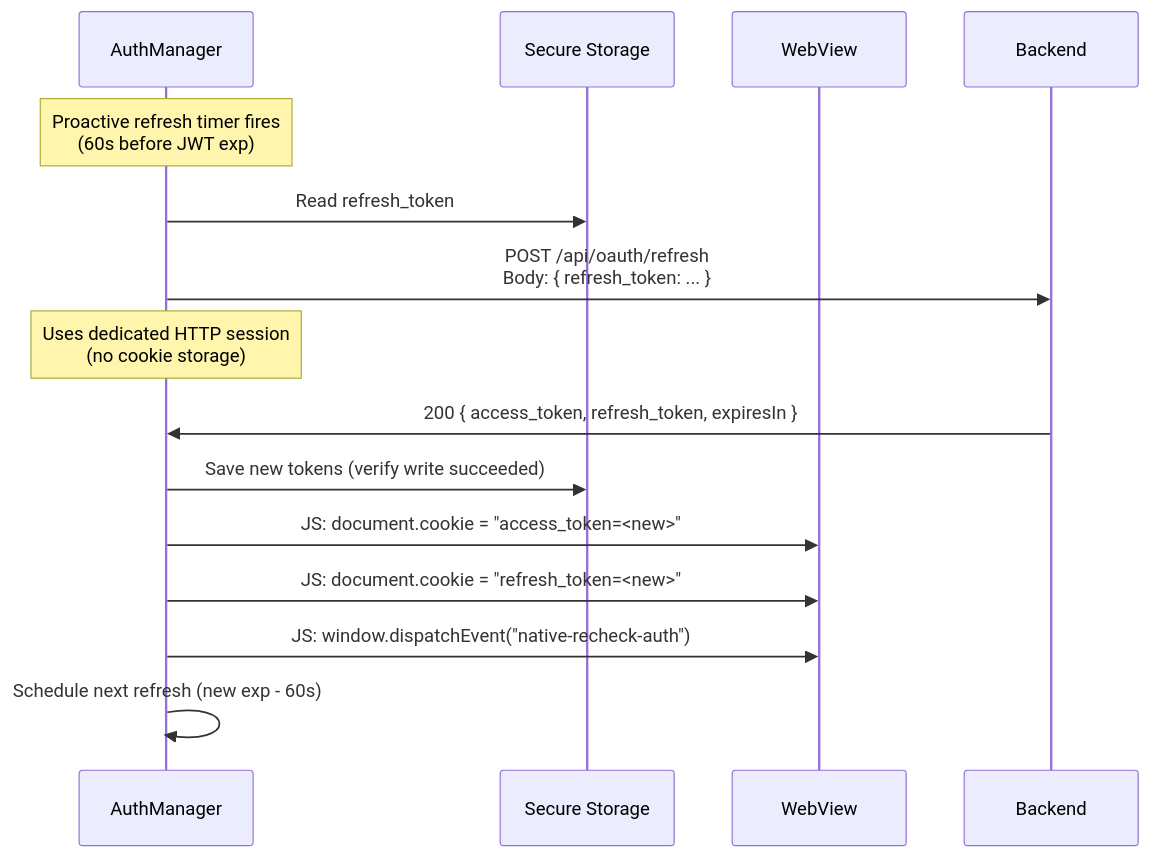
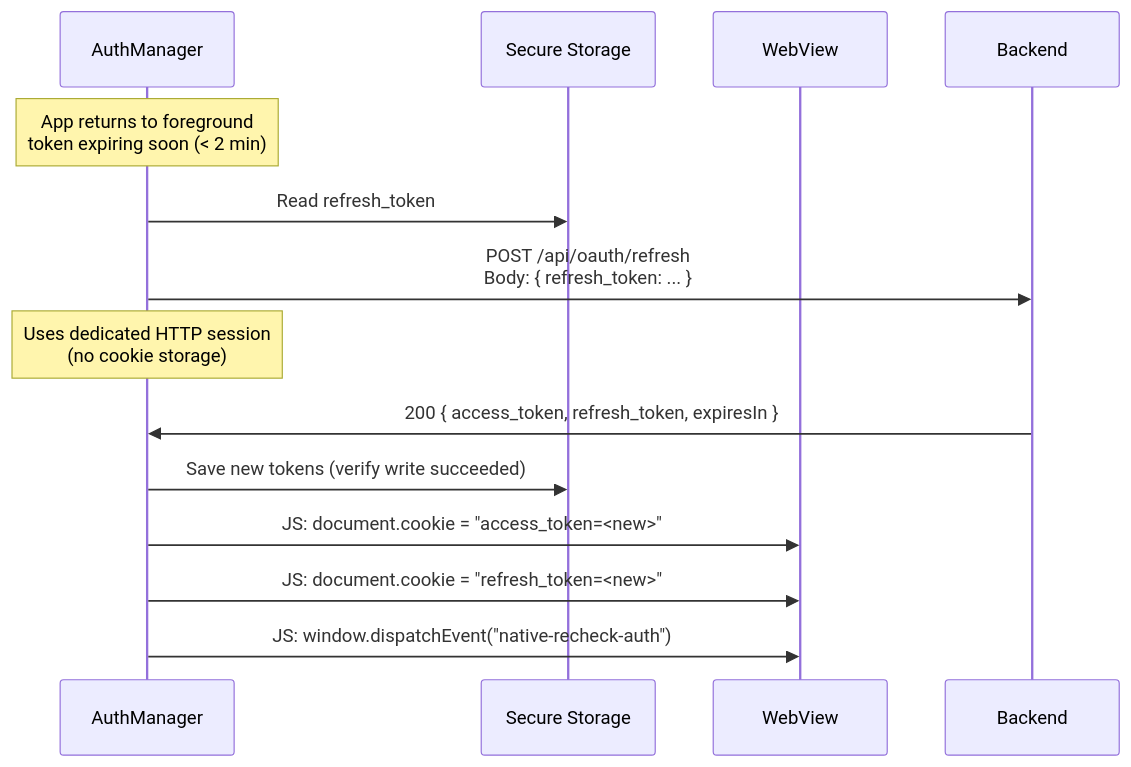
The fourth of 6 diagrams in src/content/docs/internal/components/auth.md (xiaoyuanzhu-com/my-life-db-docs), drawn with Mermaid before and after one commit. The commit also changed other lines of this file, not shown here.

First line of the commit message:
docs: replace proactive refresh timer with foreground resume check

````diff
--- a/src/content/docs/internal/components/auth.md
+++ b/src/content/docs/internal/components/auth.md
@@ -428,18 +424,17 @@
 ```mermaid
 sequenceDiagram
     participant AM as AuthManager
     participant KS as Secure Storage
     participant WV as WebView
     participant BE as Backend
 
-    Note over AM: Proactive refresh timer fires<br/>(60s before JWT exp)
+    Note over AM: App returns to foreground<br/>token expiring soon (< 2 min)
     AM->>KS: Read refresh_token
     AM->>BE: POST /api/oauth/refresh<br/>Body: { refresh_token: ... }
     Note over AM: Uses dedicated HTTP session<br/>(no cookie storage)
     BE->>AM: 200 { access_token, refresh_token, expiresIn }
     AM->>KS: Save new tokens (verify write succeeded)
     AM->>WV: JS: document.cookie = "access_token=<new>"
     AM->>WV: JS: document.cookie = "refresh_token=<new>"
     AM->>WV: JS: window.dispatchEvent("native-recheck-auth")
-    AM->>AM: Schedule next refresh (new exp - 60s)
 ```
````
